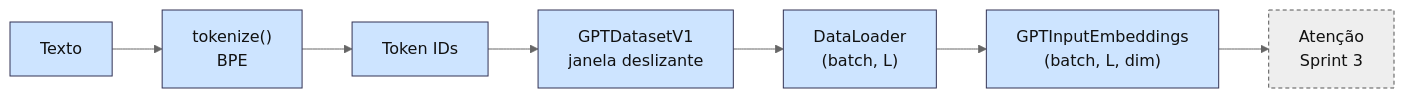
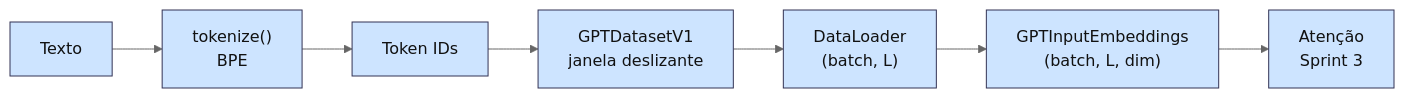
Before and after one commit to AlanHoff5/Asphal-LLM: the diagram in sprints/ch02/README.md, drawn with Mermaid (neutral theme).

Commit message:
Atualizado README ch02

````diff
--- a/sprints/ch02/README.md
+++ b/sprints/ch02/README.md
@@ -10,13 +10,12 @@
 ```mermaid
 flowchart LR
     A["Texto"] --> B["tokenize()<br/>BPE"]
     B --> C["Token IDs"]
     C --> D["GPTDatasetV1<br/>janela deslizante"]
     D --> E["DataLoader<br/>(batch, L)"]
     E --> F["GPTInputEmbeddings<br/>(batch, L, dim)"]
     F --> G["Atenção<br/>Sprint 3"]
     classDef s fill:#cde4ff,stroke:#335,color:#111
     classDef n fill:#eeeeee,stroke:#555,color:#111,stroke-dasharray: 4 3
-    class A,B,C,D,E,F s
-    class G n
+    class A,B,C,D,E,F,G s
 ```
````
